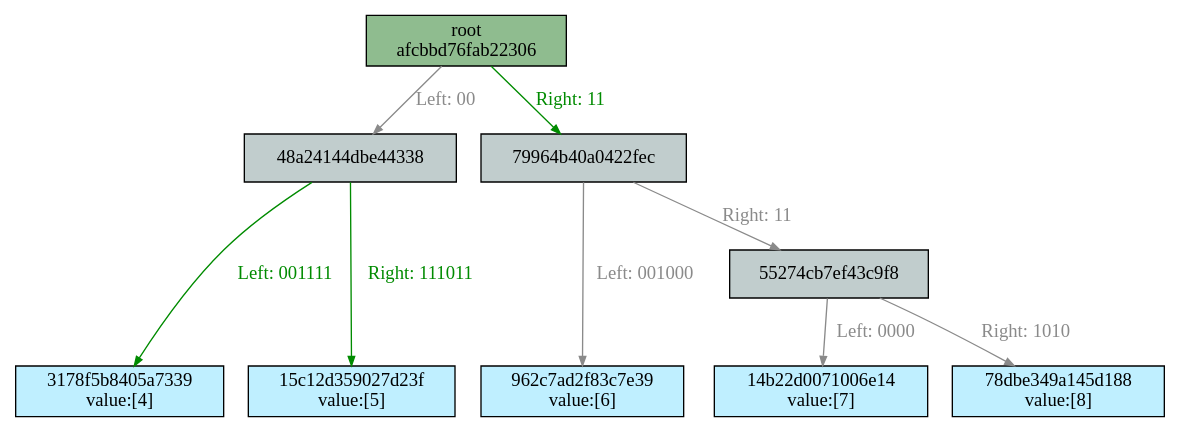
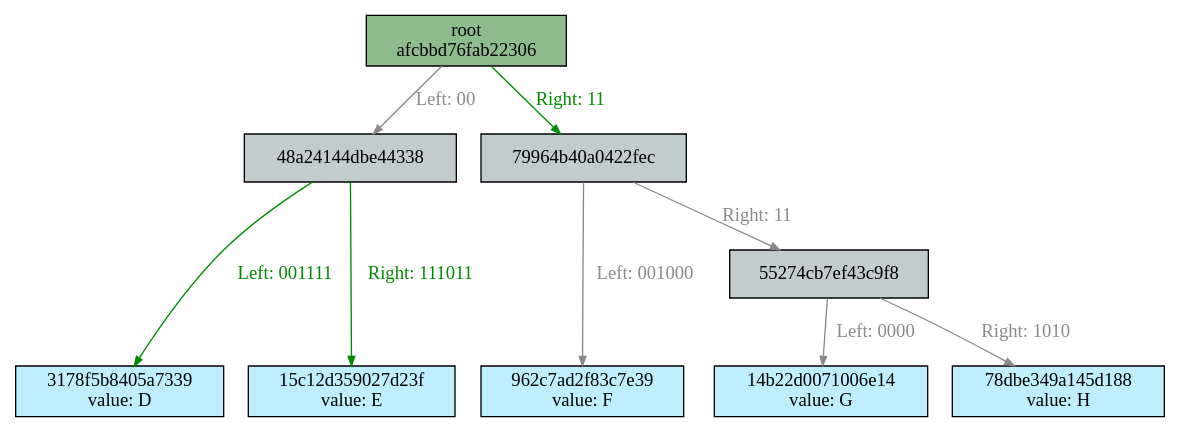
One commit to juicebox-systems/juicebox-hsm-realm changed the diagram in docs/merkle_tree/merge/right_branches.dot. Above: the diagram before and after it, drawn with Graphviz. The commit also changed 46 other files, not shown here.

```diff
--- a/docs/merkle_tree/merge/right_branches.dot
+++ b/docs/merkle_tree/merge/right_branches.dot
@@ -1,44 +1,44 @@
 Digraph merkletree {
 
 hafcbbd76fab22306 -> h48a24144dbe44338 [arrowsize=0.7 color=gray54 fontcolor=gray54 label="Left: 00\l" nojustify=true ];
 h48a24144dbe44338 -> h3178f5b8405a7339 [arrowsize=0.7 color=green4 fillcolor=green4 fontcolor=green4 label="Left: 001111" nojustify=true ];
 h48a24144dbe44338 -> h15c12d359027d23f [arrowsize=0.7 color=green4 fillcolor=green4 fontcolor=green4 label="Right: 111011" nojustify=true ];
 hafcbbd76fab22306 -> h79964b40a0422fec [arrowsize=0.7 color=green4 fillcolor=green4 fontcolor=green4 label="Right: 11\l" nojustify=true ];
 h79964b40a0422fec -> h962c7ad2f83c7e39 [arrowsize=0.7 color=gray54 fontcolor=gray54 label="Left: 001000" nojustify=true ];
 h79964b40a0422fec -> h55274cb7ef43c9f8 [arrowsize=0.7 color=gray54 fontcolor=gray54 label="Right: 11\l" nojustify=true ];
 h55274cb7ef43c9f8 -> h14b22d0071006e14 [arrowsize=0.7 color=gray54 fontcolor=gray54 label="Left: 0000" nojustify=true ];
 h55274cb7ef43c9f8 -> h78dbe349a145d188 [arrowsize=0.7 color=gray54 fontcolor=gray54 label="Right: 1010" nojustify=true ];
 
 Subgraph depth_0 {
 rank=same
 
 hafcbbd76fab22306 [fillcolor=darkseagreen label="root\nafcbbd76fab22306" ordering=out shape=box style=filled ];
 }
 
 
 Subgraph depth_2 {
 rank=same
 
 h48a24144dbe44338 [fillcolor=azure3 label="48a24144dbe44338" ordering=out shape=box style=filled ];
 h79964b40a0422fec [fillcolor=azure3 label="79964b40a0422fec" ordering=out shape=box style=filled ];
 }
 
 
 Subgraph depth_256 {
 rank=same
 
-h3178f5b8405a7339 [fillcolor=lightblue1 label="3178f5b8405a7339\nvalue:[4]" ordering=out shape=box style=filled ];
-h15c12d359027d23f [fillcolor=lightblue1 label="15c12d359027d23f\nvalue:[5]" ordering=out shape=box style=filled ];
-h962c7ad2f83c7e39 [fillcolor=lightblue1 label="962c7ad2f83c7e39\nvalue:[6]" ordering=out shape=box style=filled ];
-h14b22d0071006e14 [fillcolor=lightblue1 label="14b22d0071006e14\nvalue:[7]" ordering=out shape=box style=filled ];
-h78dbe349a145d188 [fillcolor=lightblue1 label="78dbe349a145d188\nvalue:[8]" ordering=out shape=box style=filled ];
+h3178f5b8405a7339 [fillcolor=lightblue1 label="3178f5b8405a7339\nvalue: D" ordering=out shape=box style=filled ];
+h15c12d359027d23f [fillcolor=lightblue1 label="15c12d359027d23f\nvalue: E" ordering=out shape=box style=filled ];
+h962c7ad2f83c7e39 [fillcolor=lightblue1 label="962c7ad2f83c7e39\nvalue: F" ordering=out shape=box style=filled ];
+h14b22d0071006e14 [fillcolor=lightblue1 label="14b22d0071006e14\nvalue: G" ordering=out shape=box style=filled ];
+h78dbe349a145d188 [fillcolor=lightblue1 label="78dbe349a145d188\nvalue: H" ordering=out shape=box style=filled ];
 }
 
 
 Subgraph depth_4 {
 rank=same
 
 h55274cb7ef43c9f8 [fillcolor=azure3 label="55274cb7ef43c9f8" ordering=out shape=box style=filled ];
 }
 
 }
```
